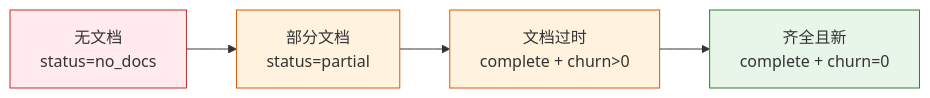
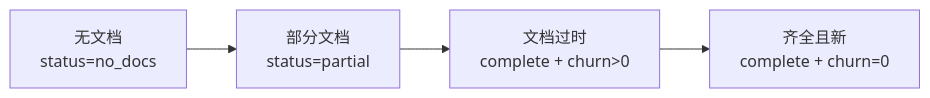
Before and after one commit to effiy/YrY: the sixth of 9 diagrams in skills/rui/ranking.md, drawn with Mermaid. The commit also changed other lines of this file and 61 other files, not shown here.

````diff
--- a/skills/rui/ranking.md
+++ b/skills/rui/ranking.md
@@ -240,10 +227,7 @@
 ```mermaid
 flowchart LR
     NONE["无文档<br/>status=no_docs"]:::bad --> PARTIAL["部分文档<br/>status=partial"]:::warn
     PARTIAL --> STALE["文档过时<br/>complete + churn>0"]:::warn
     STALE --> FRESH["齐全且新<br/>complete + churn=0"]:::good
 
-    classDef bad fill:#ffebee,stroke:#c62828;
-    classDef warn fill:#fff3e0,stroke:#e65100;
-    classDef good fill:#e8f5e9,stroke:#2e7d32;
 ```
````
